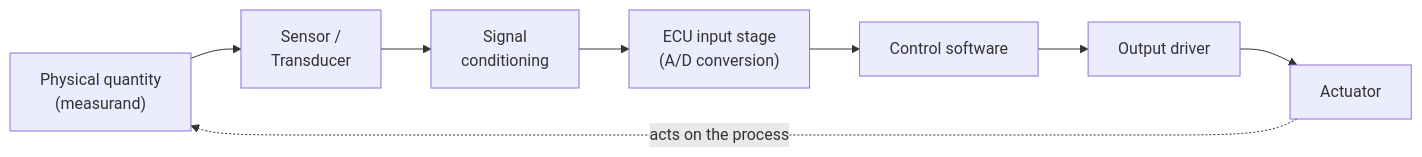
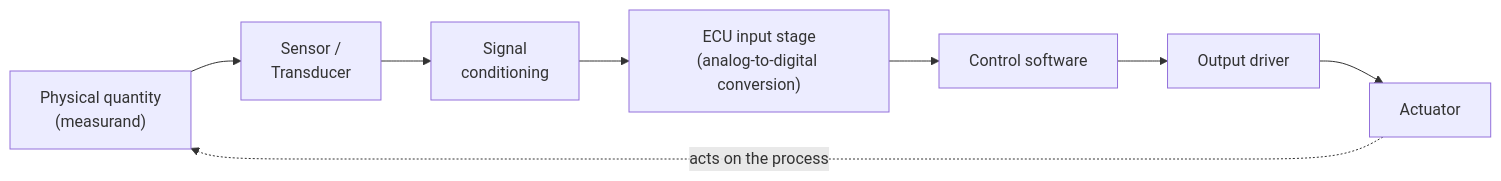
Before and after one commit to hackvoid/AIL: the diagram in wiki/articles/mil1/sensors/index.md, drawn with Mermaid. The commit also changed other lines of this file and 172 other files, not shown here.

````diff
--- a/wiki/articles/mil1/sensors/index.md
+++ b/wiki/articles/mil1/sensors/index.md
@@ -31,10 +38,10 @@
 ```mermaid
 flowchart LR
     M["Physical quantity<br/>(measurand)"] --> S["Sensor /<br/>Transducer"]
     S --> C["Signal<br/>conditioning"]
-    C --> E["ECU input stage<br/>(A/D conversion)"]
+    C --> E["ECU input stage<br/>(analog-to-digital conversion)"]
     E --> P["Control software"]
     P --> D["Output driver"]
     D --> A["Actuator"]
     A -.->|"acts on the process"| M
 ```
````
